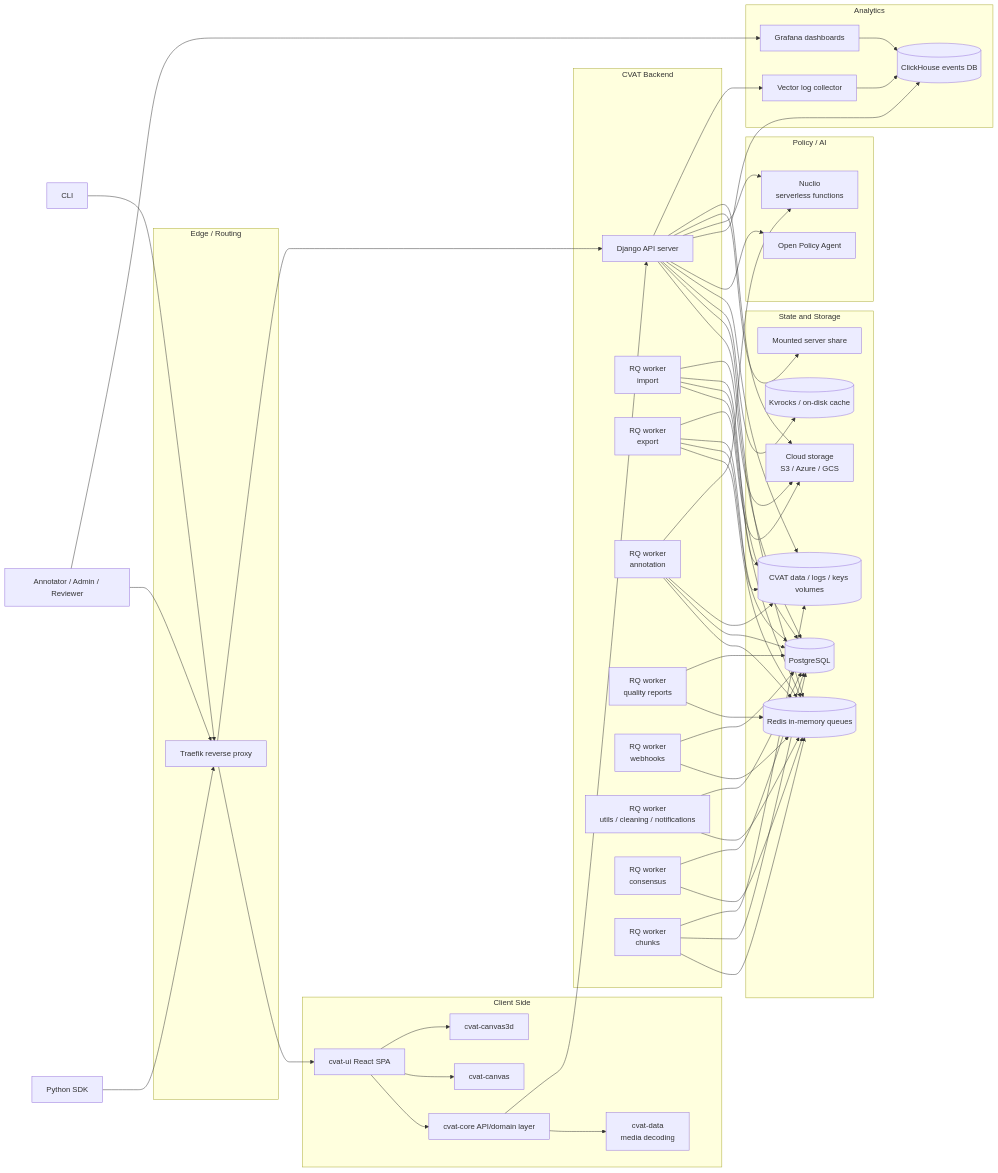
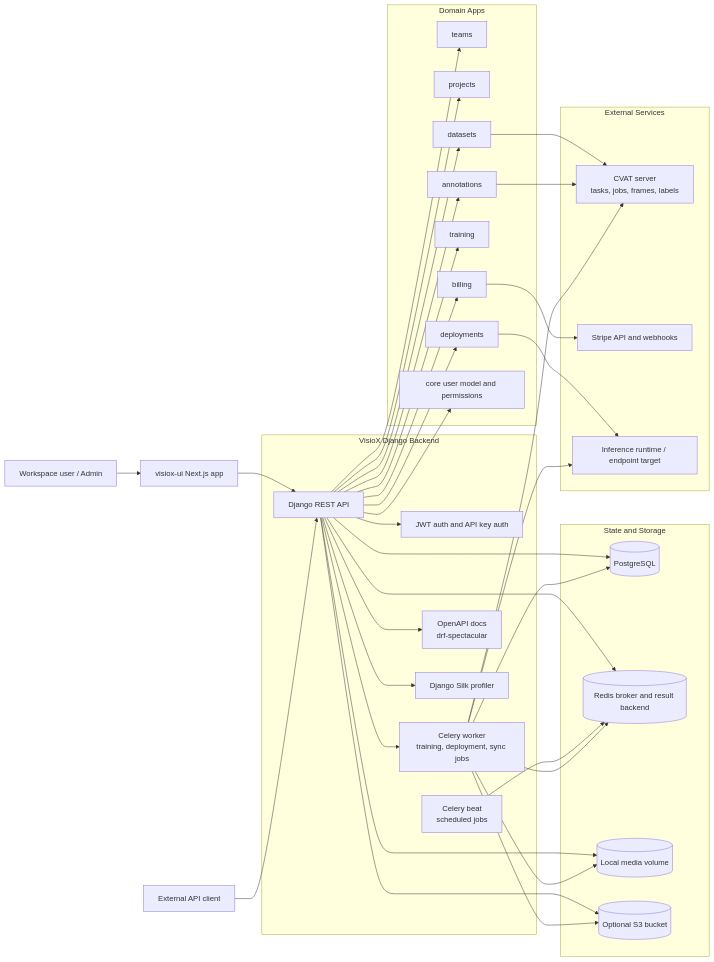
Before and after one commit to the-visiox/visiox: the first of 5 diagrams in ARCHITECTURE_DIAGRAMS.md, drawn with Mermaid. The commit also changed other lines of this file, not shown here.

Commit message:
feat: update architecture diagrams to reflect VisioX backend structure and components

````diff
--- a/ARCHITECTURE_DIAGRAMS.md
+++ b/ARCHITECTURE_DIAGRAMS.md
@@ -23,105 +26,73 @@
 ```mermaid
 flowchart LR
-    User[Annotator / Admin / Reviewer]
-    SDK[Python SDK]
-    CLI[CLI]
+    User[Workspace user / Admin]
+    Frontend[visiox-ui Next.js app]
+    APIClient[External API client]
 
-    subgraph Edge[Edge / Routing]
-        Traefik[Traefik reverse proxy]
+    subgraph Backend[VisioX Django Backend]
+        API[Django REST API]
+        Auth[JWT auth and API key auth]
+        CeleryW["Celery worker<br/>training, deployment, sync jobs"]
+        CeleryB["Celery beat<br/>scheduled jobs"]
+        Docs["OpenAPI docs<br/>drf-spectacular"]
+        Silk[Django Silk profiler]
     end
 
-    subgraph Client[Client Side]
-        UI[cvat-ui React SPA]
-        Core[cvat-core API/domain layer]
-        Canvas2D[cvat-canvas]
-        Canvas3D[cvat-canvas3d]
-        Data["cvat-data<br/>media decoding"]
-    end
-
-    subgraph Backend[CVAT Backend]
-        Server[Django API server]
-        ImportW["RQ worker<br/>import"]
-        ExportW["RQ worker<br/>export"]
-        AnnotW["RQ worker<br/>annotation"]
-        QualityW["RQ worker<br/>quality reports"]
-        WebhookW["RQ worker<br/>webhooks"]
-        UtilityW["RQ worker<br/>utils / cleaning / notifications"]
-        ConsensusW["RQ worker<br/>consensus"]
-        ChunkW["RQ worker<br/>chunks"]
+    subgraph Apps[Domain Apps]
+        Teams[teams]
+        Projects[projects]
+        Datasets[datasets]
+        Annotations[annotations]
+        Training[training]
+        Deployments[deployments]
+        Billing[billing]
+        Core[core user model and permissions]
     end
 
     subgraph DataStores[State and Storage]
         PG[(PostgreSQL)]
-        Redis[(Redis in-memory queues)]
-        Kvrocks[(Kvrocks / on-disk cache)]
-        Media[(CVAT data / logs / keys volumes)]
-        Share[Mounted server share]
-        Cloud["Cloud storage<br/>S3 / Azure / GCS"]
+        Redis[(Redis broker and result backend)]
+        Media[(Local media volume)]
+        S3[(Optional S3 bucket)]
     end
 
-    subgraph PolicyAI[Policy / AI]
-        OPA[Open Policy Agent]
-        Nuclio["Nuclio<br/>serverless functions"]
+    subgraph External[External Services]
+        CVAT["CVAT server<br/>tasks, jobs, frames, labels"]
+        Stripe[Stripe API and webhooks]
+        Inference["Inference runtime / endpoint target"]
     end
 
-    subgraph Analytics[Analytics]
-        Vector[Vector log collector]
-        ClickHouse[(ClickHouse events DB)]
-        Grafana[Grafana dashboards]
-    end
+    User --> Frontend
+    Frontend --> API
+    APIClient --> API
 
-    User --> Traefik
-    SDK --> Traefik
-    CLI --> Traefik
+    API --> Auth
+    API --> Docs
+    API --> Silk
+    API --> Core
+    API --> Teams
+    API --> Projects
+    API --> Datasets
+    API --> Annotations
+    API --> Training
+    API --> Deployments
+    API --> Billing
 
-    Traefik --> UI
-    Traefik --> Server
+    Datasets --> CVAT
+    Annotations --> CVAT
+    Billing --> Stripe
+    Deployments --> Inference
 
-    UI --> Core
-    UI --> Canvas2D
-    UI --> Canvas3D
-    Core --> Data
-    Core --> Server
-
-    Server --> PG
-    Server --> Redis
-    Server --> Kvrocks
-    Server --> Media
-    Server --> OPA
-    Server --> ClickHouse
-    Server --> Nuclio
-    Server --> Share
-    Server --> Cloud
-    Server --> Vector
-
-    ImportW --> Redis
-    ExportW --> Redis
-    AnnotW --> Redis
-    QualityW --> Redis
-    WebhookW --> Redis
-    UtilityW --> Redis
-    ConsensusW --> Redis
-    ChunkW --> Redis
-
-    ImportW --> PG
-    ExportW --> PG
-    AnnotW --> PG
-    QualityW --> PG
-    WebhookW --> PG
-    UtilityW --> PG
-    ConsensusW --> PG
-    ChunkW --> PG
-
-    ImportW --> Media
-    ExportW --> Media
-    AnnotW --> Media
-    ChunkW --> Media
-
-    ImportW --> Cloud
-    ExportW --> Cloud
-    AnnotW --> Nuclio
-
-    Vector --> ClickHouse
-    Grafana --> ClickHouse
-    User --> Grafana
+    API --> PG
+    API --> Media
+    API --> S3
+    API --> Redis
+    API --> CeleryW
+    CeleryB --> Redis
+    CeleryW --> Redis
+    CeleryW --> PG
+    CeleryW --> Media
+    CeleryW --> S3
+    CeleryW --> CVAT
+    CeleryW --> Inference
 ```
````
